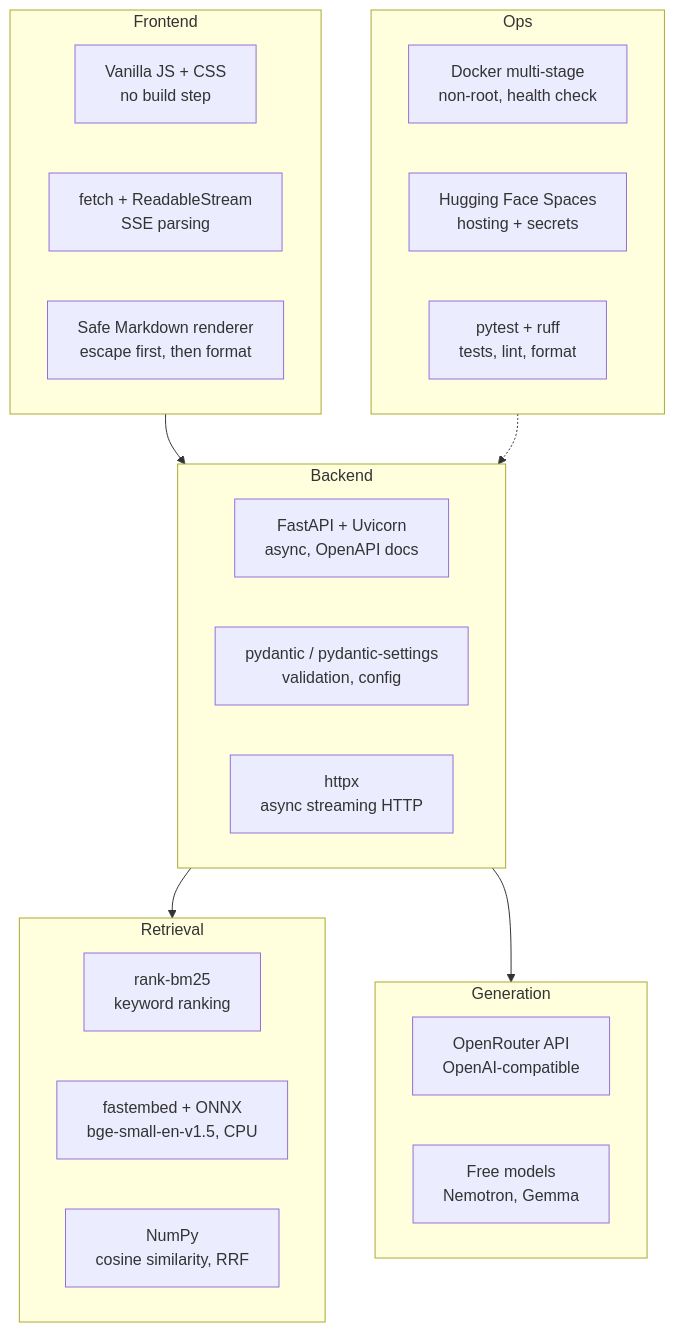
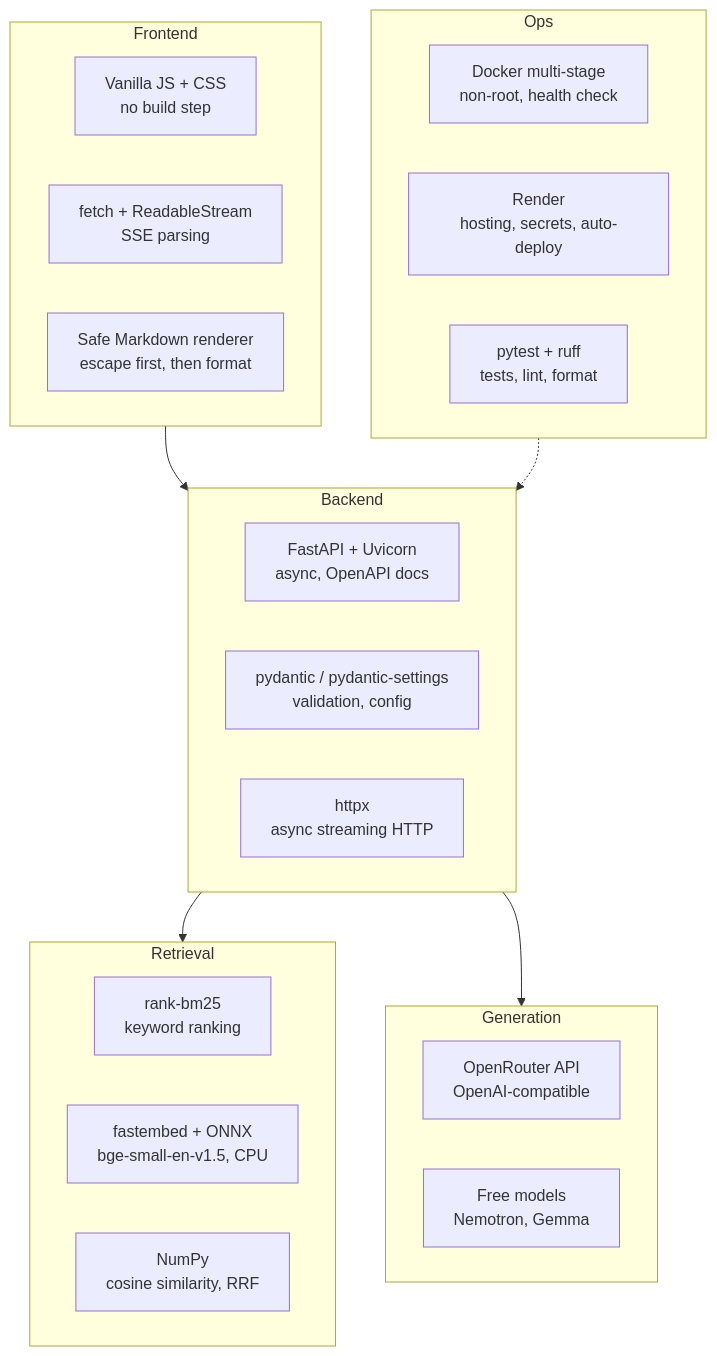
One commit to mhdnihas/property-ai-assistant changed the fifth of 14 diagrams in docs/ARCHITECTURE.md. Above: the diagram before and after it, drawn with Mermaid. The commit also changed other lines of this file and 5 other files, not shown here.

````diff
--- a/docs/ARCHITECTURE.md
+++ b/docs/ARCHITECTURE.md
@@ -170,30 +170,30 @@
 ```mermaid
 flowchart TB
     subgraph Frontend
         F1["Vanilla JS + CSS<br/>no build step"]
         F2["fetch + ReadableStream<br/>SSE parsing"]
         F3["Safe Markdown renderer<br/>escape first, then format"]
     end
     subgraph Backend
         B1["FastAPI + Uvicorn<br/>async, OpenAPI docs"]
         B2["pydantic / pydantic-settings<br/>validation, config"]
         B3["httpx<br/>async streaming HTTP"]
     end
     subgraph Retrieval
         R1["rank-bm25<br/>keyword ranking"]
         R2["fastembed + ONNX<br/>bge-small-en-v1.5, CPU"]
         R3["NumPy<br/>cosine similarity, RRF"]
     end
     subgraph Generation
         G1["OpenRouter API<br/>OpenAI-compatible"]
         G2["Free models<br/>Nemotron, Gemma"]
     end
     subgraph Ops
         O1["Docker multi-stage<br/>non-root, health check"]
-        O2["Hugging Face Spaces<br/>hosting + secrets"]
+        O2["Render<br/>hosting, secrets, auto-deploy"]
         O3["pytest + ruff<br/>tests, lint, format"]
     end
     Frontend --> Backend --> Retrieval
     Backend --> Generation
     Ops -.-> Backend
 ```
````
